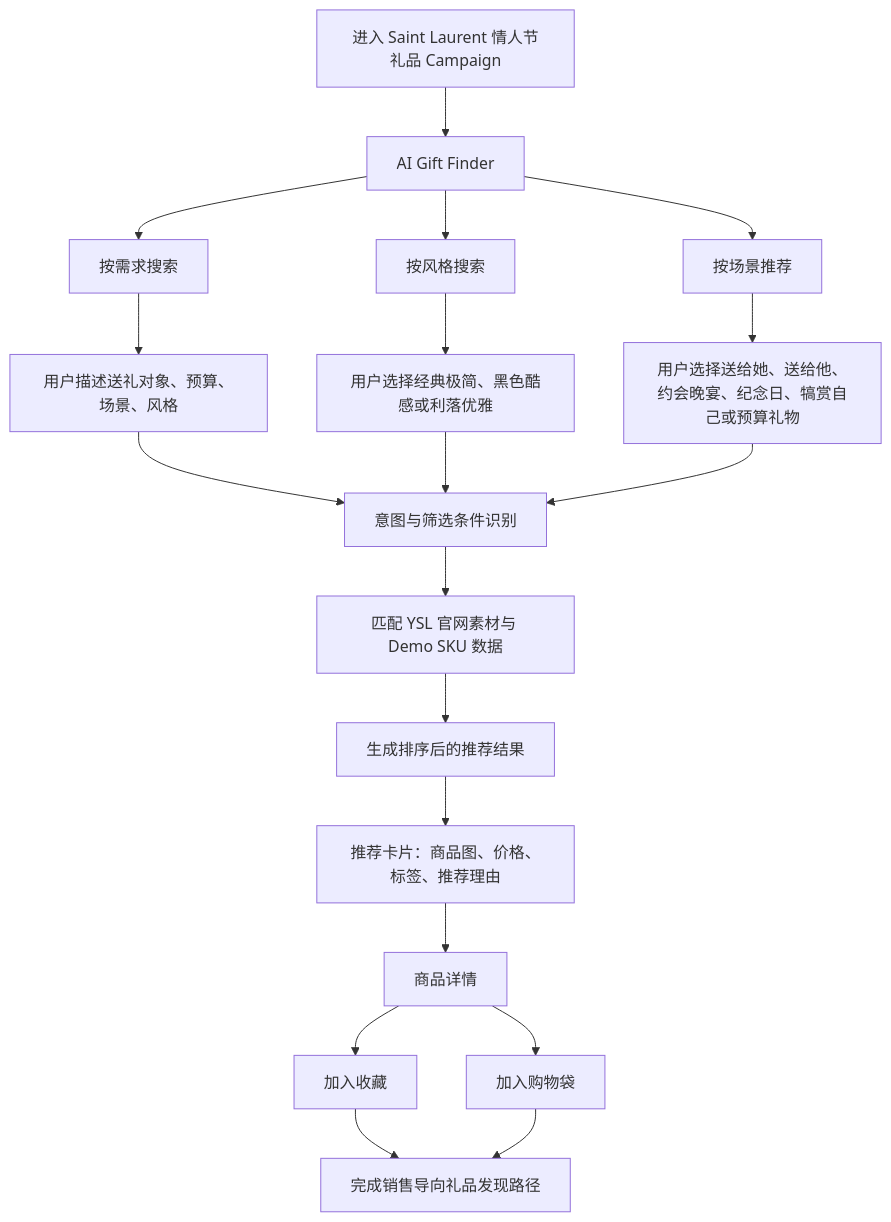
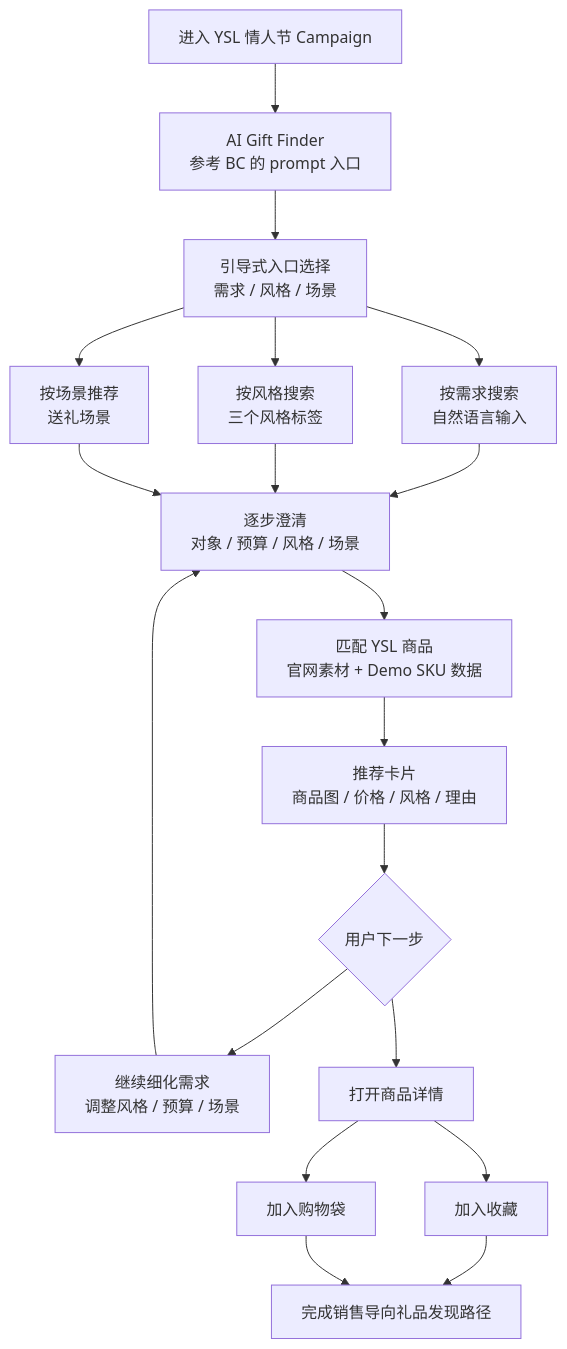
Before and after one commit to AI-TryOn-Project/ysl-campaign: the second of 2 diagrams in PRD.md, drawn with Mermaid. The commit also changed other lines of this file, not shown here.

Commit message:
Clarify BC-inspired UX in PRD flow

````diff
--- a/PRD.md
+++ b/PRD.md
@@ -597,24 +632,23 @@
 ```mermaid
 flowchart TD
-  A["进入 Saint Laurent 情人节礼品 Campaign"] --> B["AI Gift Finder"]
-  B --> C1["按需求搜索"]
-  B --> C2["按风格搜索"]
-  B --> C3["按场景推荐"]
+  A["进入 YSL 情人节 Campaign"] --> B["AI Gift Finder<br/>参考 BC 的 prompt 入口"]
+  B --> C["引导式入口选择<br/>需求 / 风格 / 场景"]
+  C --> D1["按需求搜索<br/>自然语言输入"]
+  C --> D2["按风格搜索<br/>三个风格标签"]
+  C --> D3["按场景推荐<br/>送礼场景"]
 
-  C1 --> D1["用户描述送礼对象、预算、场景、风格"]
-  C2 --> D2["用户选择经典极简、黑色酷感或利落优雅"]
-  C3 --> D3["用户选择送给她、送给他、约会晚宴、纪念日、犒赏自己或预算礼物"]
-
-  D1 --> E["意图与筛选条件识别"]
+  D1 --> E["逐步澄清<br/>对象 / 预算 / 风格 / 场景"]
   D2 --> E
   D3 --> E
 
-  E --> F["匹配 YSL 官网素材与 Demo SKU 数据"]
-  F --> G["生成排序后的推荐结果"]
-  G --> H["推荐卡片：商品图、价格、标签、推荐理由"]
-  H --> I["商品详情"]
-  I --> J1["加入收藏"]
-  I --> J2["加入购物袋"]
-  J1 --> K["完成销售导向礼品发现路径"]
-  J2 --> K
+  E --> F["匹配 YSL 商品<br/>官网素材 + Demo SKU 数据"]
+  F --> G["推荐卡片<br/>商品图 / 价格 / 风格 / 理由"]
+  G --> H{"用户下一步"}
+  H --> I["继续细化需求<br/>调整风格 / 预算 / 场景"]
+  I --> E
+  H --> J["打开商品详情"]
+  J --> K1["加入收藏"]
+  J --> K2["加入购物袋"]
+  K1 --> L["完成销售导向礼品发现路径"]
+  K2 --> L
 ```
````
